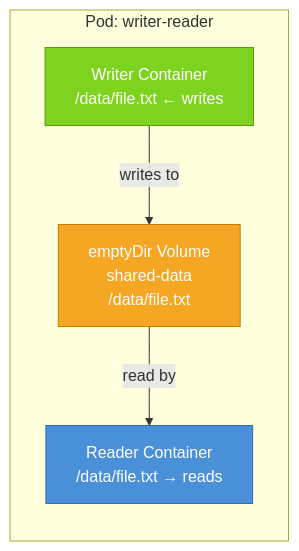
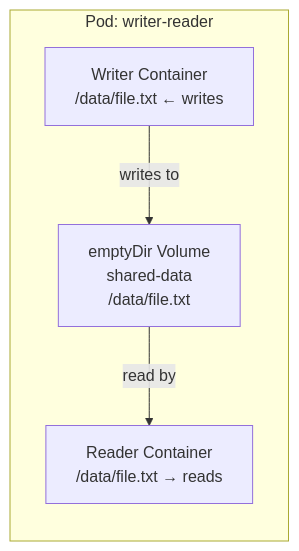
One commit to Antoine-Flo/kube-mastery changed the diagram in src/courses/modules/volumes/02-emptydir/en/content.md. Above: the diagram before and after it, drawn with Mermaid. The commit also changed 21 other files, not shown here.

Commit message:
remove diagram styles

````diff
--- a/src/courses/modules/volumes/02-emptydir/en/content.md
+++ b/src/courses/modules/volumes/02-emptydir/en/content.md
@@ -68,16 +68,12 @@
 ```mermaid
 graph LR
     subgraph "Pod: writer-reader"
         W["Writer Container\n/data/file.txt ← writes"]
         R["Reader Container\n/data/file.txt → reads"]
 
         V["emptyDir Volume\nshared-data\n/data/file.txt"]
 
         W -->|"writes to"| V
         V -->|"read by"| R
     end
-
-    style W fill:#7ED321,color:#fff,stroke:#5a9c18
-    style R fill:#4A90D9,color:#fff,stroke:#2c6fad
-    style V fill:#F5A623,color:#fff,stroke:#c77d00
 ```
````
